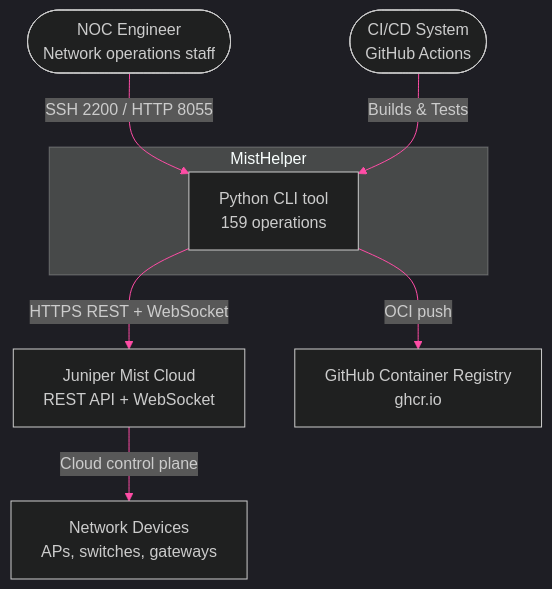
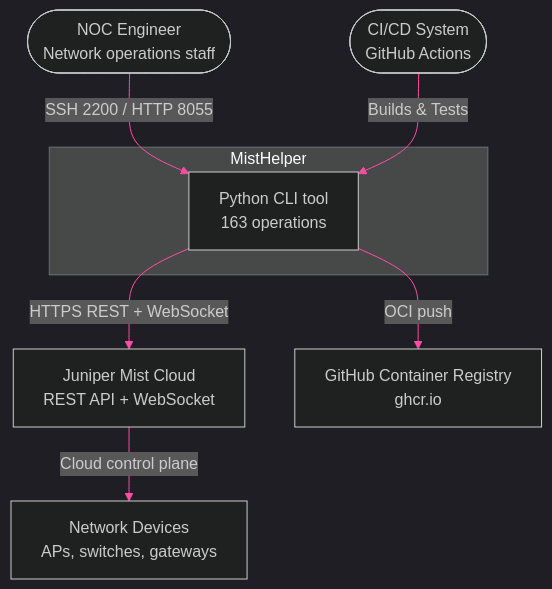
Before and after one commit to jmorrison-juniper/MistHelper: the first of 2 diagrams in documentation/diagrams/core/architecture-overview.md, drawn with Mermaid. The commit also changed other lines of this file and 7 other files, not shown here.

````diff
--- a/documentation/diagrams/core/architecture-overview.md
+++ b/documentation/diagrams/core/architecture-overview.md
@@ -11,28 +11,28 @@
 ```mermaid
 %%{init: {'theme': 'dark', 'themeVariables': {
   'primaryColor': '#E20074',
   'primaryTextColor': '#E0E0E0',
   'primaryBorderColor': '#99004D',
   'lineColor': '#FF4DA6',
   'secondaryColor': '#16213E',
   'tertiaryColor': '#1A1A2E',
   'fontFamily': 'ui-monospace, monospace'
 }}}%%
 flowchart TB
     noc_engineer(["NOC Engineer<br/>Network operations staff"])
     ci_system(["CI/CD System<br/>GitHub Actions"])
 
     subgraph misthelper["MistHelper"]
-        mh["Python CLI tool<br/>159 operations"]
+        mh["Python CLI tool<br/>163 operations"]
     end
 
     mist_cloud["Juniper Mist Cloud<br/>REST API + WebSocket"]
     ghcr["GitHub Container Registry<br/>ghcr.io"]
     network_devices["Network Devices<br/>APs, switches, gateways"]
 
     noc_engineer -->|"SSH 2200 / HTTP 8055"| mh
     ci_system -->|"Builds & Tests"| mh
     mh -->|"HTTPS REST + WebSocket"| mist_cloud
     mh -->|"OCI push"| ghcr
     mist_cloud -->|"Cloud control plane"| network_devices
 ```
````
